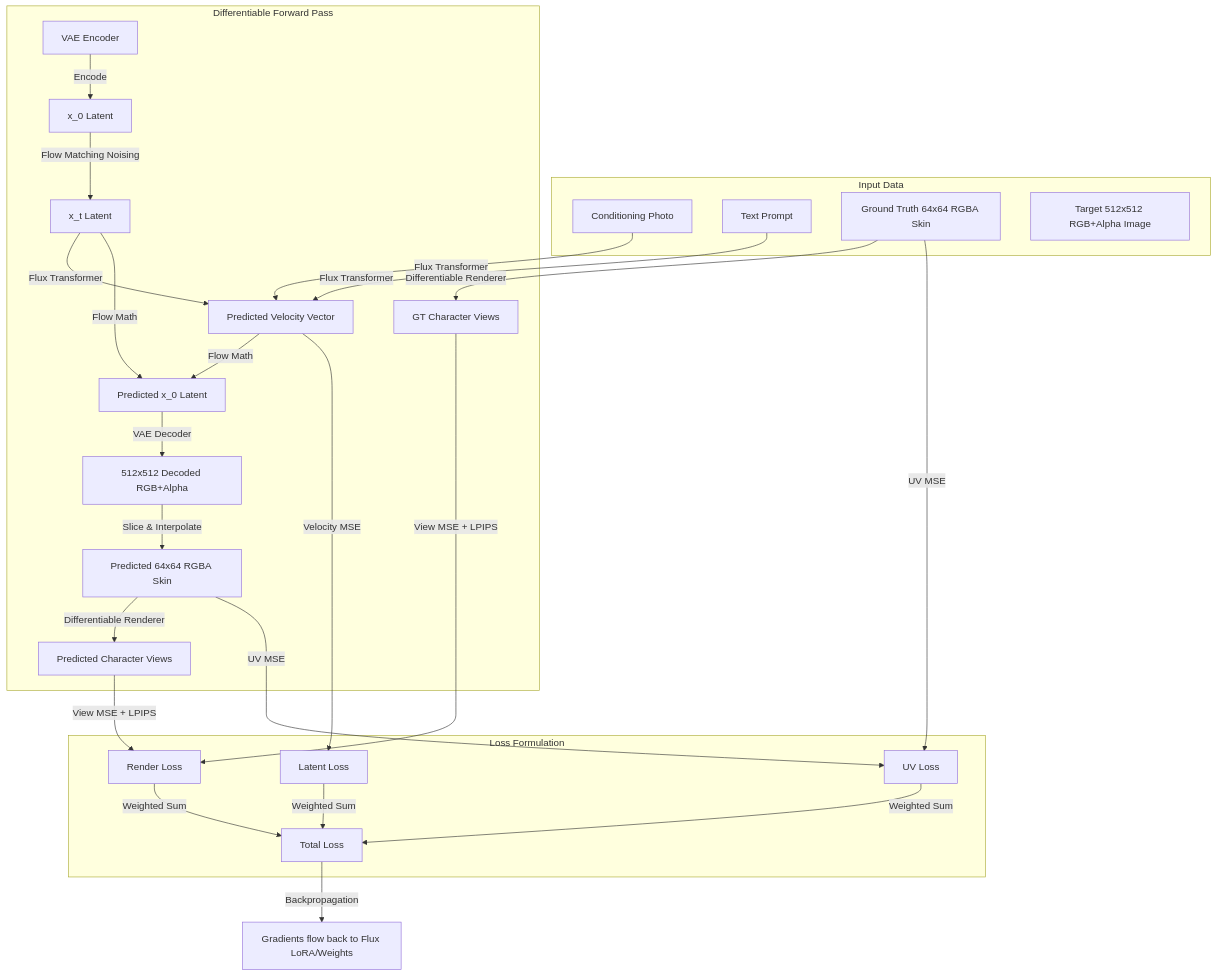
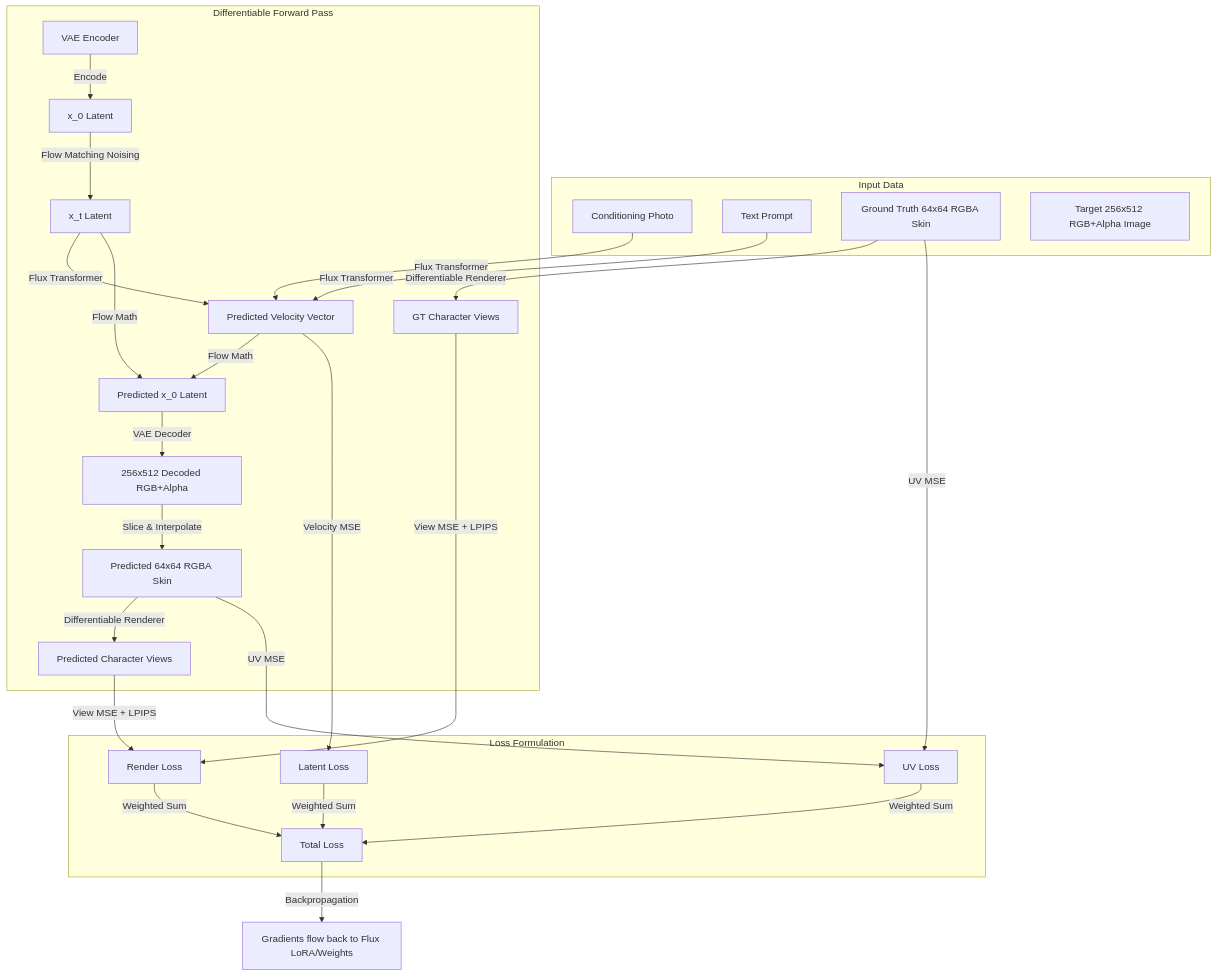
The diagram in README.md (EntropyDrop/SkingToolkit), drawn with Mermaid before and after one commit. The commit also changed other lines of this file and 7 other files, not shown here.

Commit message:
feat: change target image layout to 256x512 top-to-bottom layout

````diff
--- a/README.md
+++ b/README.md
@@ -91,34 +91,34 @@
 ```mermaid
 graph TD
     subgraph Input Data
         Photo[Conditioning Photo]
         Prompt[Text Prompt]
         GTSkin[Ground Truth 64x64 RGBA Skin]
-        Composite[Target 512x512 RGB+Alpha Image]
+        Composite[Target 256x512 RGB+Alpha Image]
     end
 
     subgraph Differentiable Forward Pass
         VAEEnc[VAE Encoder] -->|Encode| LatentGT[x_0 Latent]
         LatentGT -->|Flow Matching Noising| LatentXT[x_t Latent]
         
         Photo & Prompt & LatentXT -->|Flux Transformer| VPred[Predicted Velocity Vector]
         
         VPred & LatentXT -->|Flow Math| PredX0[Predicted x_0 Latent]
-        PredX0 -->|VAE Decoder| Decoded[512x512 Decoded RGB+Alpha]
+        PredX0 -->|VAE Decoder| Decoded[256x512 Decoded RGB+Alpha]
         
         Decoded -->|Slice & Interpolate| PredSkin[Predicted 64x64 RGBA Skin]
         
         PredSkin -->|Differentiable Renderer| PredRender[Predicted Character Views]
         GTSkin -->|Differentiable Renderer| GTRender[GT Character Views]
     end
 
     subgraph Loss Formulation
         PredSkin & GTSkin -->|UV MSE| Luv[UV Loss]
         PredRender & GTRender -->|View MSE + LPIPS| Lrender[Render Loss]
         VPred -->|Velocity MSE| Llatent[Latent Loss]
         
         Luv & Lrender & Llatent -->|Weighted Sum| L[Total Loss]
     end
 
     L -->|Backpropagation| Gradients[Gradients flow back to Flux LoRA/Weights]
 ```
````
